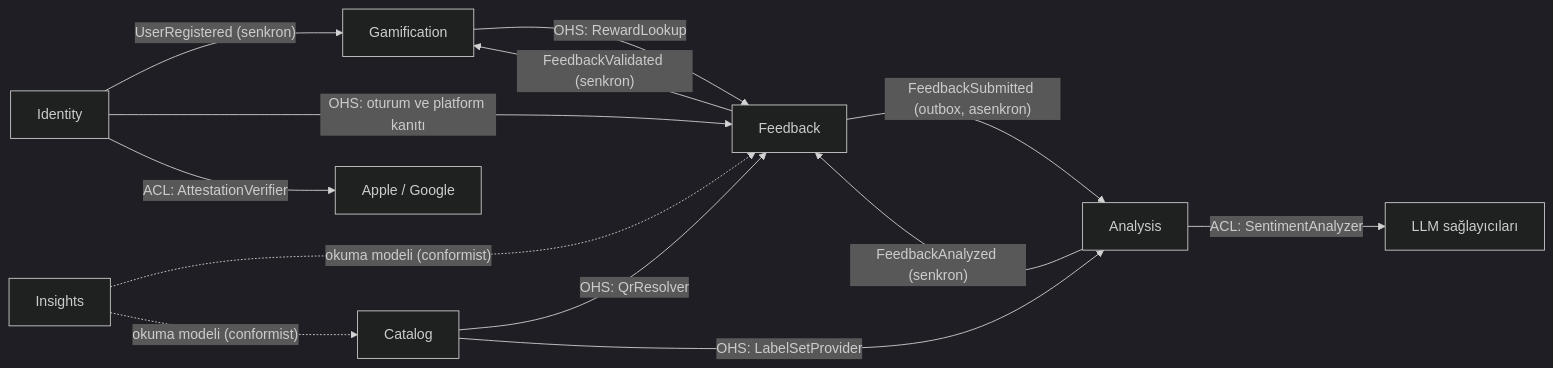
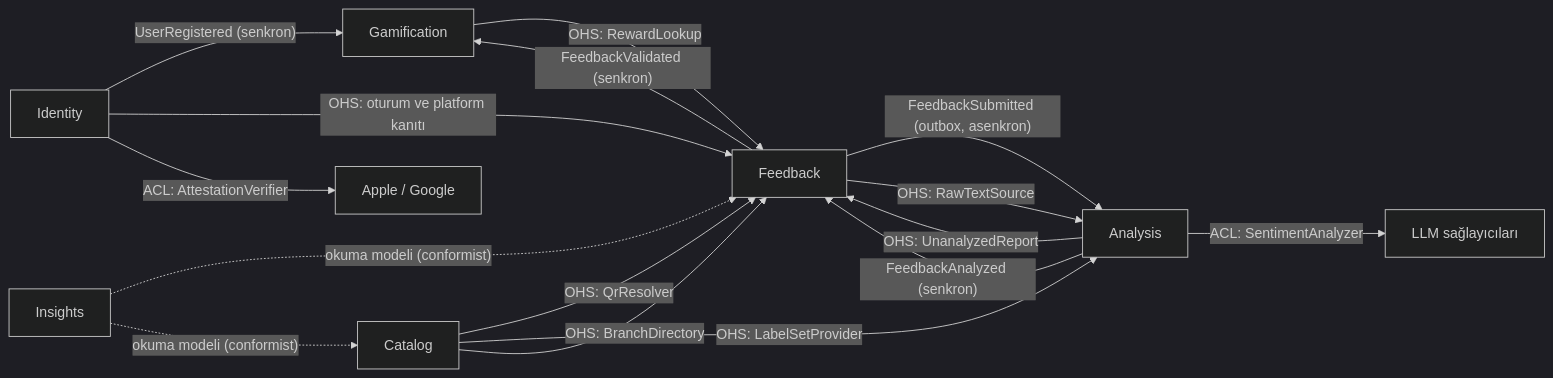
Before and after one commit to dev-murchi/gemified-feedback-loyalty-project-demo: the diagram in docs/06-alan-modeli.md, drawn with Mermaid (dark theme). The commit also changed other lines of this file and 8 other files, not shown here.

````diff
--- a/docs/06-alan-modeli.md
+++ b/docs/06-alan-modeli.md
@@ -33,24 +33,27 @@
 ```mermaid
 flowchart LR
     identity["Identity"]
     catalog["Catalog"]
     feedback["Feedback"]
     analysis["Analysis"]
     gamification["Gamification"]
     insights["Insights"]
     llm["LLM sağlayıcıları"]
     platform["Apple / Google"]
 
     identity -->|"UserRegistered (senkron)"| gamification
     identity -->|"OHS: oturum ve platform kanıtı"| feedback
     catalog -->|"OHS: QrResolver"| feedback
     catalog -->|"OHS: LabelSetProvider"| analysis
     feedback -->|"FeedbackSubmitted (outbox, asenkron)"| analysis
+    feedback -->|"OHS: RawTextSource"| analysis
+    analysis -->|"OHS: UnanalyzedReport"| feedback
+    catalog -->|"OHS: BranchDirectory"| feedback
     analysis -->|"FeedbackAnalyzed (senkron)"| feedback
     feedback -->|"FeedbackValidated (senkron)"| gamification
     gamification -->|"OHS: RewardLookup"| feedback
     analysis -->|"ACL: SentimentAnalyzer"| llm
     identity -->|"ACL: AttestationVerifier"| platform
     insights -.->|"okuma modeli (conformist)"| feedback
     insights -.->|"okuma modeli (conformist)"| catalog
 ```
````
